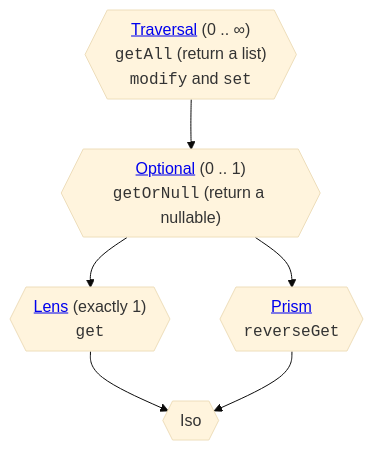
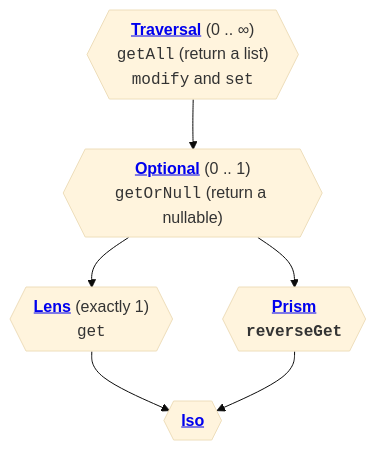
The first of 2 diagrams in content/docs/learn/immutable-data/intro.md (arrow-kt/arrow-website), drawn with Mermaid (base theme) before and after one commit. The commit also changed other lines of this file and 11 other files, not shown here.

````diff
--- a/content/docs/learn/immutable-data/intro.md
+++ b/content/docs/learn/immutable-data/intro.md
@@ -127,13 +127,13 @@
 ```mermaid
 graph TD;
-  traversal{{"<a href='../traversal/'>Traversal</a> (0 .. ∞)<br /><tt>getAll</tt> (return a list)<br /><tt>modify</tt> and <tt>set</tt>"}};
-  optional{{"<a href='../optional-prism/'>Optional</a> (0 .. 1)<br /><tt>getOrNull</tt> (return a nullable)"}};
-  lens{{"<a href='../lens/'>Lens</a> (exactly 1)<br /><tt>get</tt>"}};
-  prism{{"<a href='../optional-prism/#constructing-values'>Prism</a><br /><tt>reverseGet</tt>"}};
-  iso{{Iso}}
+  traversal{{"<a href='../traversal/'><b>Traversal</b></a> (0 .. ∞)<br /><tt>getAll</tt> (return a list)<br /><tt>modify</tt> and <tt>set</tt>"}};
+  optional{{"<a href='../optional/'><b>Optional</b></a> (0 .. 1)<br /><tt>getOrNull</tt> (return a nullable)"}};
+  lens{{"<a href='../lens/'><b>Lens</b></a> (exactly 1)<br /><tt>get</tt>"}};
+  prism{{"<a href='../prism-iso/'><b>Prism<b></a><br /><tt>reverseGet</tt>"}};
+  iso{{"<a href='../prism-iso/#isomorphisms'><b>Iso<b></a>"}}
   traversal-->optional;
   optional-->lens;
   optional-->prism;
   lens-->iso;
   prism-->iso;
 ```
````
